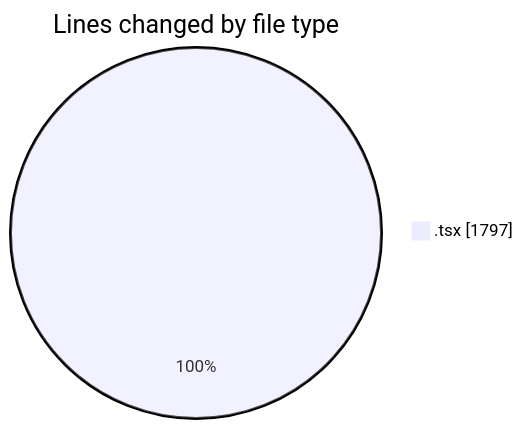
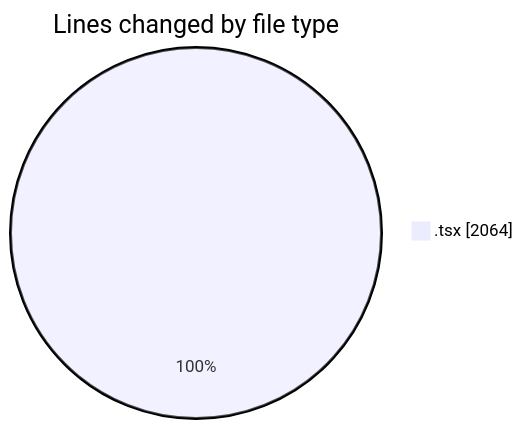
Before and after one commit to Elitesun/code-tracking: the first of 2 diagrams in 2025-05-07/niten/README.md, drawn with Mermaid. The commit also changed other lines of this file and 1 other file, not shown here.

````diff
--- a/2025-05-07/niten/README.md
+++ b/2025-05-07/niten/README.md
@@ -35,5 +40,5 @@
 ```mermaid
 pie showData
 title Lines changed by file type
-".tsx" : 1797
+".tsx" : 2064
 ```
````
